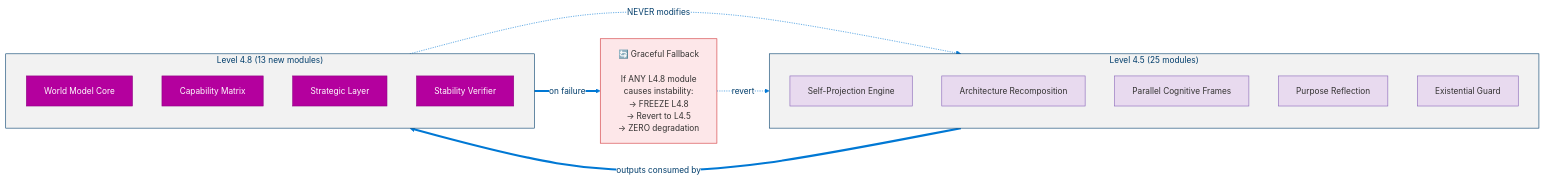
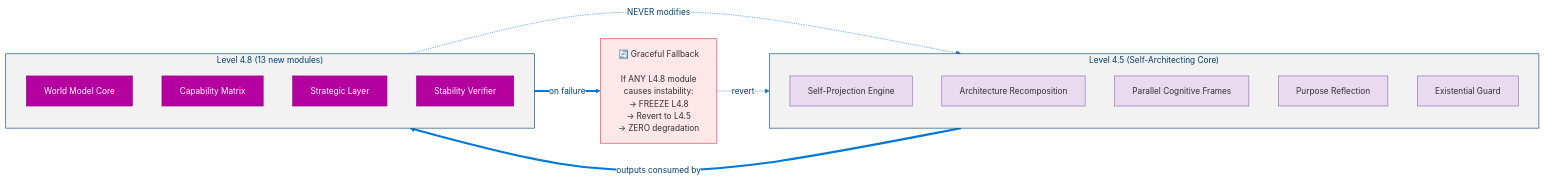
The second of 17 diagrams in docs/levels/Level_4_8_Strategic_Self_Modeling.md (dotnetpower/mscp), drawn with Mermaid before and after one commit. The commit also changed other lines of this file and 16 other files, not shown here.

````diff
--- a/docs/levels/Level_4_8_Strategic_Self_Modeling.md
+++ b/docs/levels/Level_4_8_Strategic_Self_Modeling.md
@@ -120,29 +121,29 @@
 ```mermaid
 %%{init: {'theme': 'base', 'themeVariables': {'primaryColor': '#0078D4', 'primaryTextColor': '#003D6B', 'primaryBorderColor': '#003D6B', 'secondaryColor': '#50E6FF', 'secondaryTextColor': '#323130', 'secondaryBorderColor': '#00BCF2', 'tertiaryColor': '#F2F2F2', 'tertiaryTextColor': '#323130', 'lineColor': '#0078D4', 'textColor': '#323130', 'mainBkg': '#DEECF9', 'nodeBorder': '#0078D4', 'clusterBkg': '#F2F2F2', 'clusterBorder': '#003D6B', 'titleColor': '#003D6B', 'edgeLabelBackground': '#FFFFFF', 'fontSize': '14px'}}}%%
 flowchart LR
   classDef l45 fill:#E8DAEF,stroke:#8764B8,color:#323130
   classDef l48 fill:#B4009E,stroke:#8E0082,color:#FFF
   classDef fallback fill:#FDE7E9,stroke:#D13438,color:#323130
 
-  subgraph L45["Level 4.5 (25 modules)"]
+  subgraph L45["Level 4.5 (Self-Architecting Core)"]
     L45A["Self-Projection Engine"]:::l45
     L45B["Architecture Recomposition"]:::l45
     L45C["Parallel Cognitive Frames"]:::l45
     L45D["Purpose Reflection"]:::l45
     L45E["Existential Guard"]:::l45
   end
 
   subgraph L48["Level 4.8 (13 new modules)"]
     L48A["World Model Core"]:::l48
     L48B["Capability Matrix"]:::l48
     L48C["Strategic Layer"]:::l48
     L48D["Stability Verifier"]:::l48
   end
 
   FALLBACK["🔄 Graceful Fallback<br/><br/>If ANY L4.8 module<br/>causes instability:<br/>→ FREEZE L4.8<br/>→ Revert to L4.5<br/>→ ZERO degradation"]:::fallback
 
   L45 ==>|"outputs consumed by"| L48
   L48 -.->|"NEVER modifies"| L45
   L48 ==>|"on failure"| FALLBACK
   FALLBACK -.->|"revert"| L45
 ```
````
